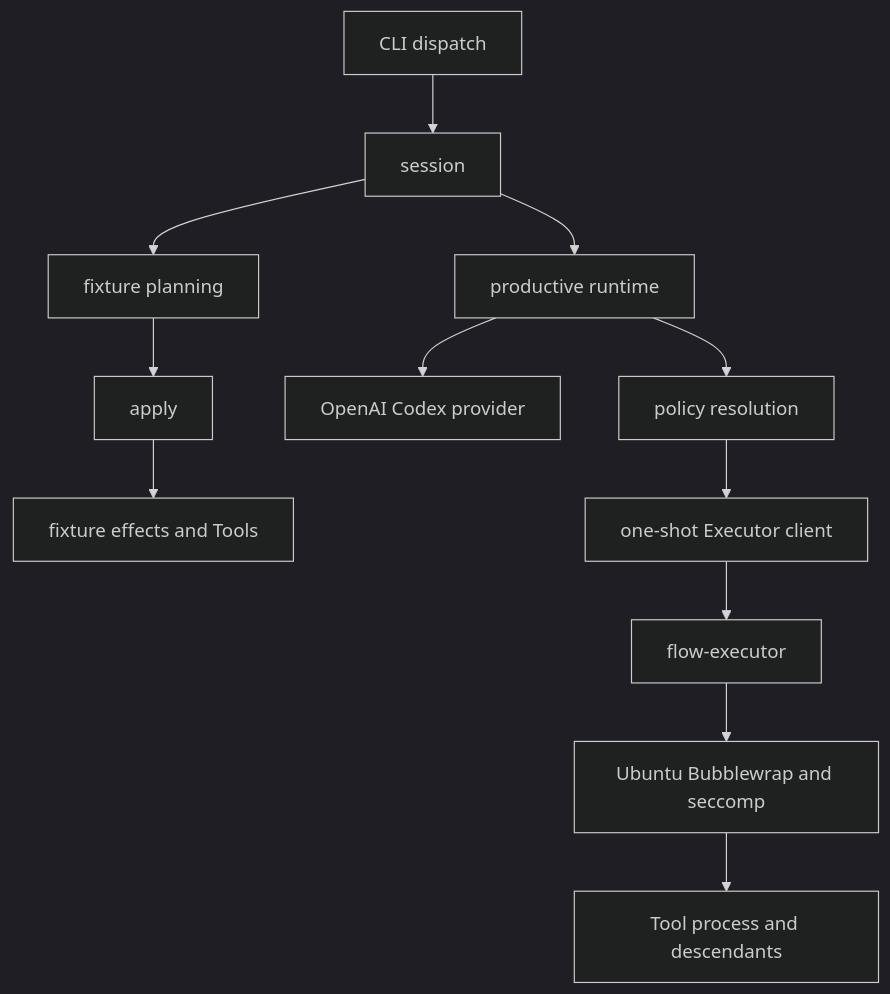
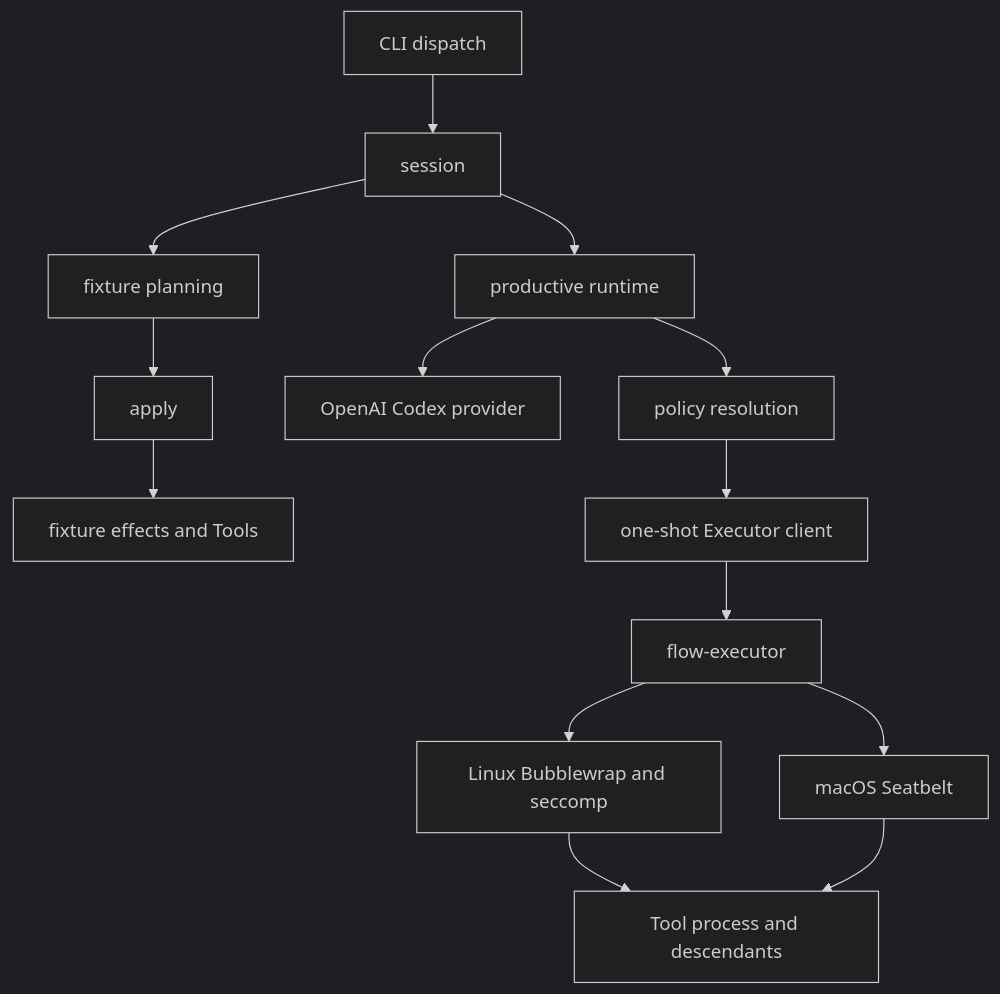
The second of 3 diagrams in docs/architecture.md (Open-Equilibrium/watershed), drawn with Mermaid (dark theme) before and after one commit. The commit also changed other lines of this file and 174 other files, not shown here.

````diff
--- a/docs/architecture.md
+++ b/docs/architecture.md
@@ -32,14 +31,16 @@
 ```mermaid
 flowchart TD
   D[CLI dispatch] --> S[session]
   S --> P[fixture planning]
   P --> A[apply]
   A --> F[fixture effects and Tools]
   S --> R[productive runtime]
   R --> O[OpenAI Codex provider]
   R --> Y[policy resolution]
   Y --> E[one-shot Executor client]
   E --> X[flow-executor]
-  X --> B[Ubuntu Bubblewrap and seccomp]
+  X --> B[Linux Bubblewrap and seccomp]
+  X --> M[macOS Seatbelt]
   B --> T[Tool process and descendants]
+  M --> T
 ```
````
